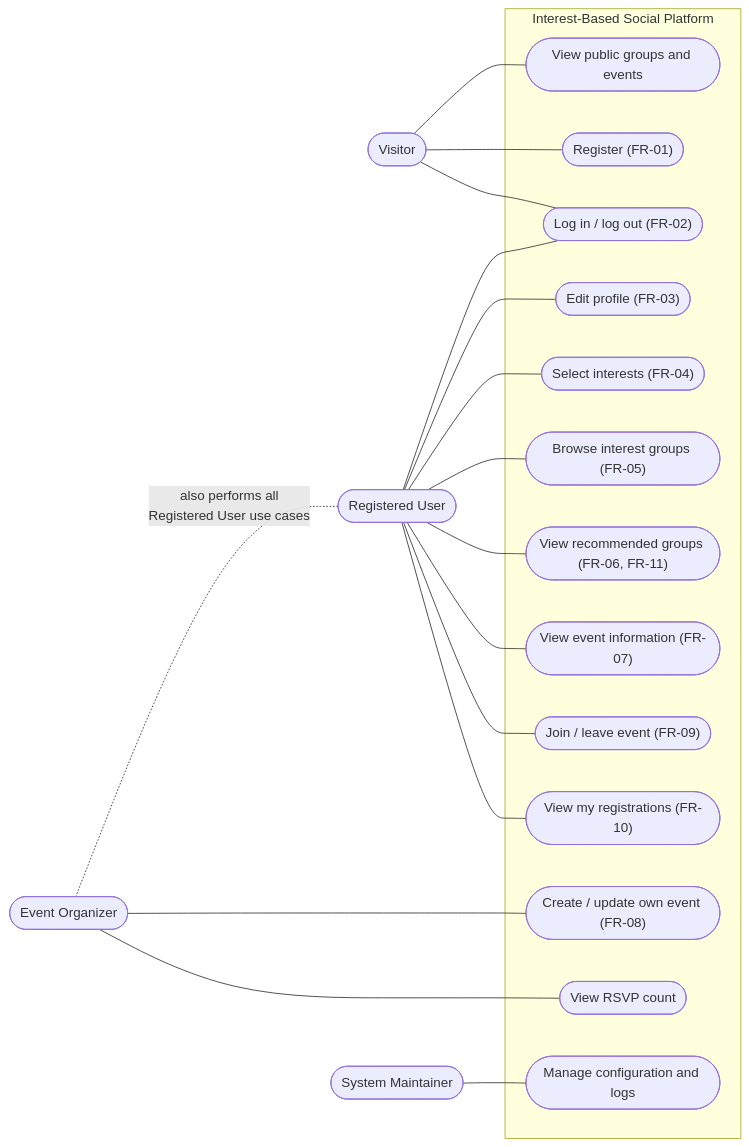
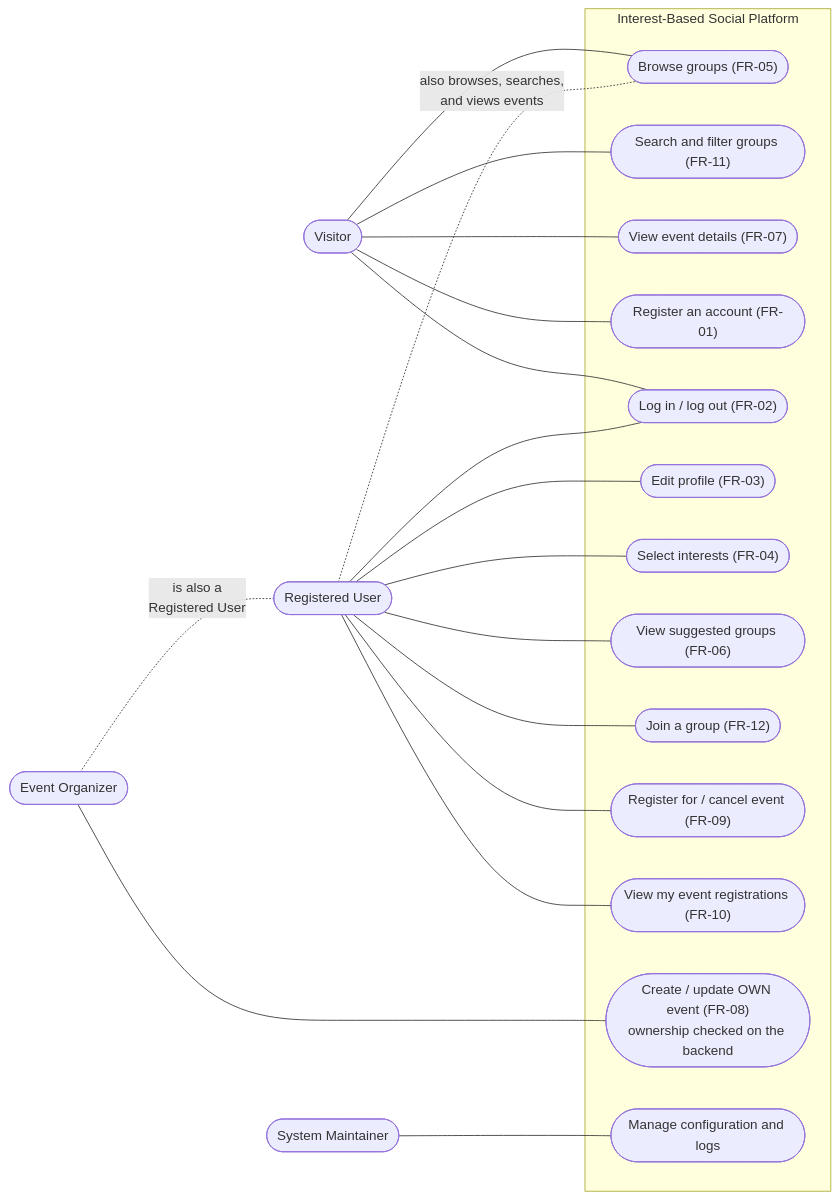
Before and after one commit to NabievaUlzhan/interest-based-group-matching: the diagram in diagrams/use-case.mmd, drawn with Mermaid. The commit also changed 12 other files, not shown here.

Commit message:
IBS-8: Address review comments (permissions, NFR refs, use cases, ER model)

```diff
--- a/diagrams/use-case.mmd
+++ b/diagrams/use-case.mmd
@@ -1,40 +1,41 @@
 flowchart LR
     visitor(["Visitor"])
     user(["Registered User"])
     organizer(["Event Organizer"])
     maintainer(["System Maintainer"])
 
     subgraph sys ["Interest-Based Social Platform"]
-        uc1(["View public groups and events"])
-        uc2(["Register (FR-01)"])
-        uc3(["Log in / log out (FR-02)"])
-        uc4(["Edit profile (FR-03)"])
-        uc5(["Select interests (FR-04)"])
-        uc6(["Browse interest groups (FR-05)"])
-        uc7(["View recommended groups (FR-06, FR-11)"])
-        uc8(["View event information (FR-07)"])
-        uc9(["Join / leave event (FR-09)"])
-        uc10(["View my registrations (FR-10)"])
-        uc11(["Create / update own event (FR-08)"])
-        uc12(["View RSVP count"])
+        uc1(["Browse groups (FR-05)"])
+        uc2(["Search and filter groups (FR-11)"])
+        uc3(["View event details (FR-07)"])
+        uc4(["Register an account (FR-01)"])
+        uc5(["Log in / log out (FR-02)"])
+        uc6(["Edit profile (FR-03)"])
+        uc7(["Select interests (FR-04)"])
+        uc8(["View suggested groups (FR-06)"])
+        uc9(["Join a group (FR-12)"])
+        uc10(["Register for / cancel event (FR-09)"])
+        uc11(["View my event registrations (FR-10)"])
+        uc12(["Create / update OWN event (FR-08)<br/>ownership checked on the backend"])
         uc13(["Manage configuration and logs"])
     end
 
     visitor --- uc1
     visitor --- uc2
     visitor --- uc3
+    visitor --- uc4
+    visitor --- uc5
 
-    user --- uc3
-    user --- uc4
     user --- uc5
     user --- uc6
     user --- uc7
     user --- uc8
     user --- uc9
     user --- uc10
+    user --- uc11
+    user -. "also browses, searches,<br/>and views events" .- uc1
 
-    organizer --- uc11
     organizer --- uc12
-    organizer -. "also performs all<br/>Registered User use cases" .- user
+    organizer -. "is also a<br/>Registered User" .- user
 
     maintainer --- uc13
```
